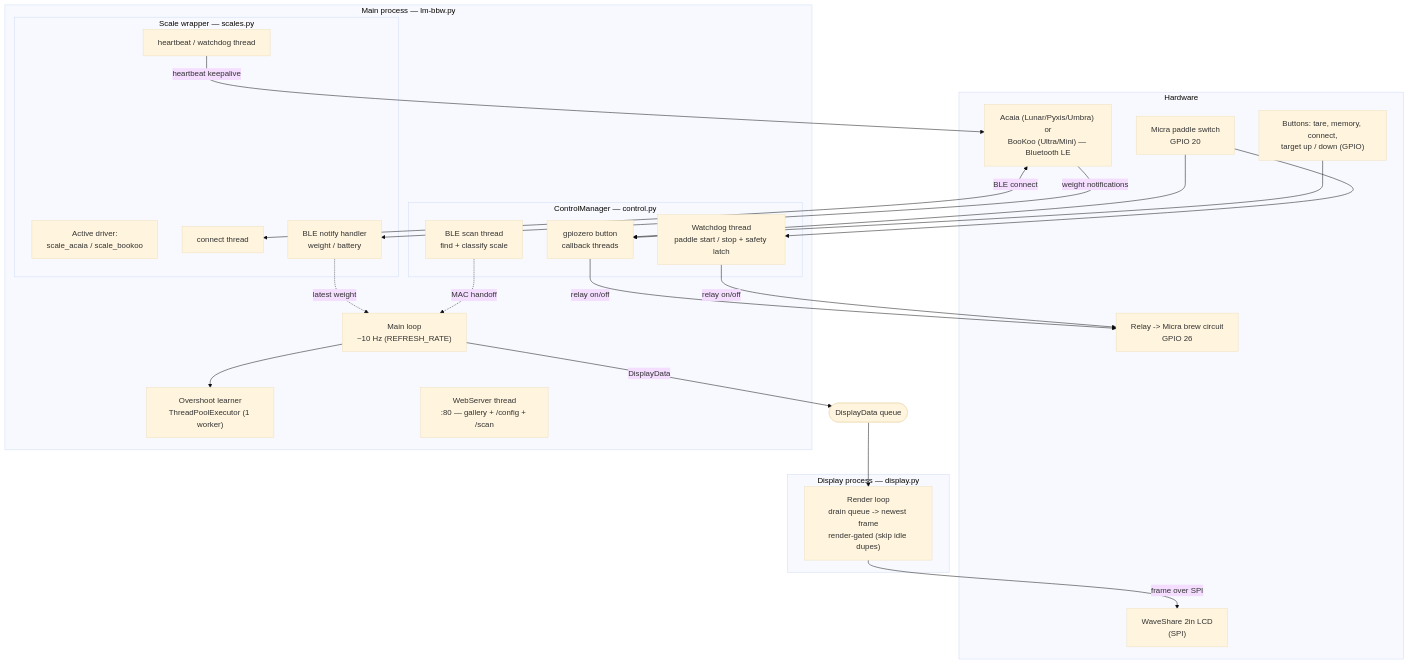
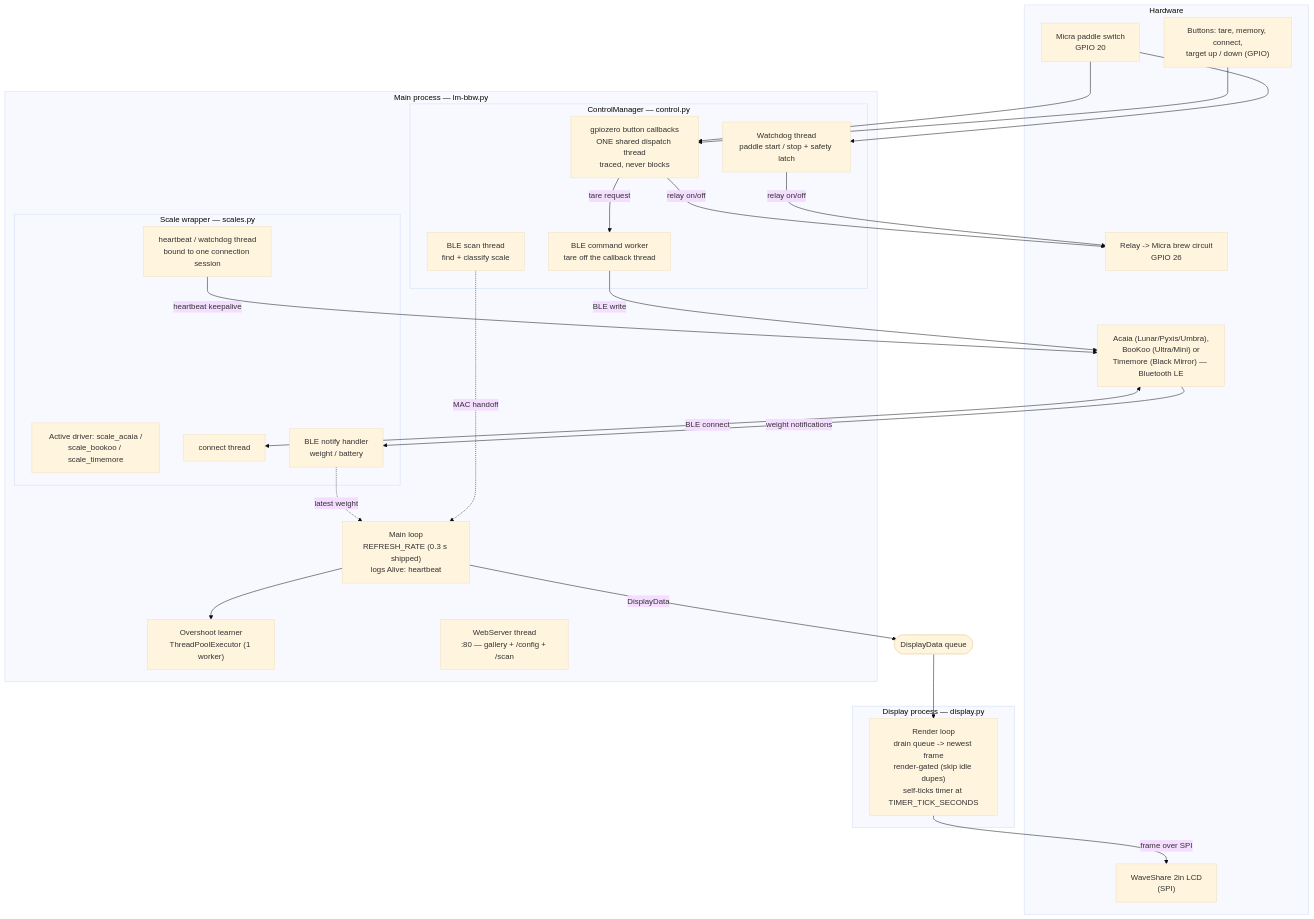
The first of 4 diagrams in doc/lm-bbw/LM-BBW_Architecture.md (george-ags/coffee-by-weight), drawn with Mermaid (base theme) before and after one commit. The commit also changed other lines of this file and 11 other files, not shown here.

Commit message:
1. fixing issues with buttons becoming not responsive 2. adding more logs for easier troubleshooting in the future 3. improving the timer display on the screen with 0.1s steps without dependency on the smoothing logics

````diff
--- a/doc/lm-bbw/LM-BBW_Architecture.md
+++ b/doc/lm-bbw/LM-BBW_Architecture.md
@@ -11,51 +11,54 @@
 ```mermaid
 flowchart TB
     subgraph HW["Hardware"]
-        SCALE["Acaia (Lunar/Pyxis/Umbra) or<br/>BooKoo (Ultra/Mini) — Bluetooth LE"]
+        SCALE["Acaia (Lunar/Pyxis/Umbra),<br/>BooKoo (Ultra/Mini) or<br/>Timemore (Black Mirror) — Bluetooth LE"]
         PADDLE["Micra paddle switch<br/>GPIO 20"]
         BTNS["Buttons: tare, memory, connect,<br/>target up / down (GPIO)"]
         RELAY["Relay -> Micra brew circuit<br/>GPIO 26"]
         LCD["WaveShare 2in LCD<br/>(SPI)"]
     end
 
     subgraph MAIN["Main process — lm-bbw.py"]
-        LOOP["Main loop<br/>~10 Hz (REFRESH_RATE)"]
+        LOOP["Main loop<br/>REFRESH_RATE (0.3 s shipped)<br/>logs Alive: heartbeat"]
         OVER["Overshoot learner<br/>ThreadPoolExecutor (1 worker)"]
 
         subgraph CM["ControlManager — control.py"]
             WD["Watchdog thread<br/>paddle start / stop + safety latch"]
             SCAN["BLE scan thread<br/>find + classify scale"]
-            CB["gpiozero button<br/>callback threads"]
+            CB["gpiozero button callbacks<br/>ONE shared dispatch thread<br/>traced, never blocks"]
+            BLEW["BLE command worker<br/>tare off the callback thread"]
         end
 
         subgraph SC["Scale wrapper — scales.py"]
-            DRV["Active driver:<br/>scale_acaia / scale_bookoo"]
+            DRV["Active driver: scale_acaia /<br/>scale_bookoo / scale_timemore"]
             CONN["connect thread"]
-            HB["heartbeat / watchdog thread"]
+            HB["heartbeat / watchdog thread<br/>bound to one connection session"]
             NOTIF["BLE notify handler<br/>weight / battery"]
         end
 
         WEB["WebServer thread<br/>:80 — gallery + /config + /scan"]
     end
 
     subgraph DISP["Display process — display.py"]
-        DLOOP["Render loop<br/>drain queue -> newest frame<br/>render-gated (skip idle dupes)"]
+        DLOOP["Render loop<br/>drain queue -> newest frame<br/>render-gated (skip idle dupes)<br/>self-ticks timer at TIMER_TICK_SECONDS"]
     end
 
     QUEUE(["DisplayData queue"])
 
     SCALE <-->|"BLE connect"| CONN
     SCALE -->|"weight notifications"| NOTIF
     HB -->|"heartbeat keepalive"| SCALE
     PADDLE --> WD
     PADDLE --> CB
     BTNS --> CB
     CB -->|"relay on/off"| RELAY
+    CB -->|"tare request"| BLEW
+    BLEW -->|"BLE write"| SCALE
     WD -->|"relay on/off"| RELAY
     NOTIF -.->|"latest weight"| LOOP
     SCAN -.->|"MAC handoff"| LOOP
     LOOP -->|"DisplayData"| QUEUE
     QUEUE --> DLOOP
     DLOOP -->|"frame over SPI"| LCD
     LOOP --> OVER
 ```
````
